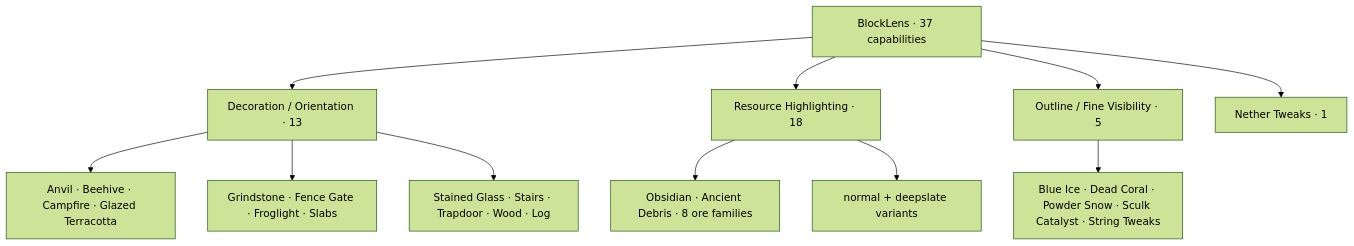
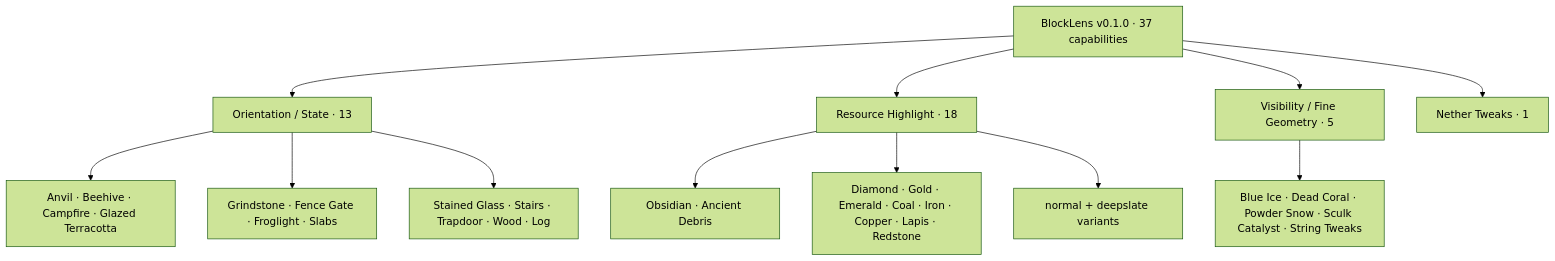
One commit to bosatsu25/BlockLens changed the third of 6 diagrams in README.md. Above: the diagram before and after it, drawn with Mermaid (forest theme). The commit also changed other lines of this file and 39 other files, not shown here.

First line of the commit message:
feat: absorb ChiseTweaks visual overlap into BlockLens P0

````diff
--- a/README.md
+++ b/README.md
@@ -42,15 +88,16 @@
 ```mermaid
 flowchart TB
-    BL[BlockLens · 37 capabilities]
-    BL --> D[Decoration / Orientation · 13]
-    BL --> R[Resource Highlighting · 18]
-    BL --> O[Outline / Fine Visibility · 5]
+    BL[BlockLens v0.1.0 · 37 capabilities]
+    BL --> D[Orientation / State · 13]
+    BL --> R[Resource Highlight · 18]
+    BL --> O[Visibility / Fine Geometry · 5]
     BL --> N[Nether Tweaks · 1]
 
     D --> D1[Anvil · Beehive · Campfire · Glazed Terracotta]
     D --> D2[Grindstone · Fence Gate · Froglight · Slabs]
     D --> D3[Stained Glass · Stairs · Trapdoor · Wood · Log]
-    R --> R1[Obsidian · Ancient Debris · 8 ore families]
-    R --> R2[normal + deepslate variants]
+    R --> R1[Obsidian · Ancient Debris]
+    R --> R2[Diamond · Gold · Emerald · Coal · Iron · Copper · Lapis · Redstone]
+    R --> R3[normal + deepslate variants]
     O --> O1[Blue Ice · Dead Coral · Powder Snow · Sculk Catalyst · String Tweaks]
 ```
````
